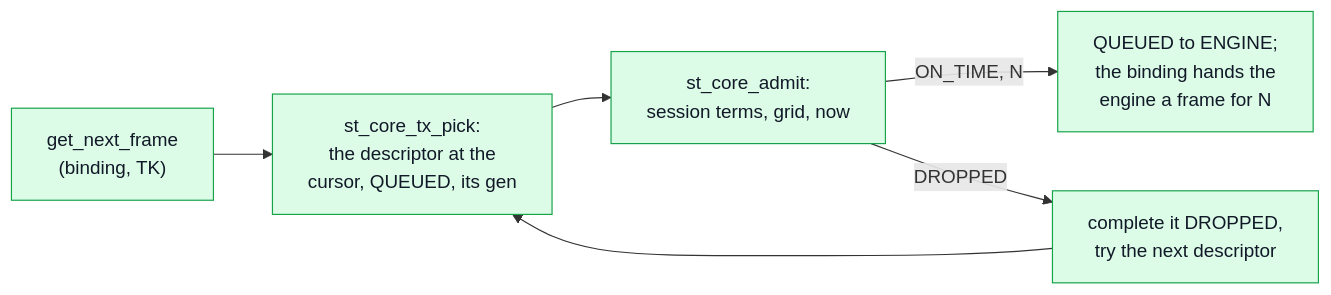
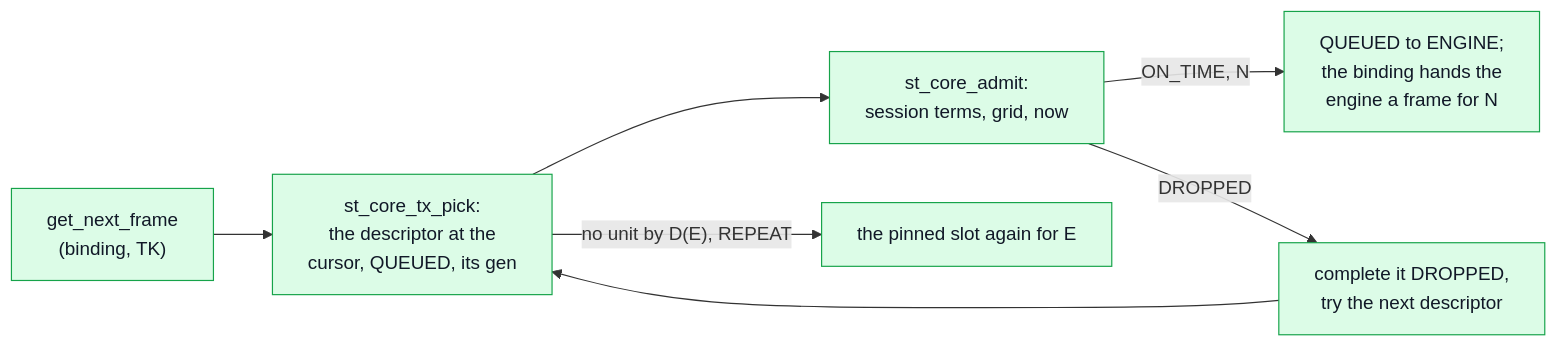
The seventh of 15 diagrams in doc/unified-api/core.md (OpenVisualCloud/Media-Transport-Library), drawn with Mermaid before and after one commit. The commit also changed other lines of this file and 58 other files, not shown here.

````diff
--- a/doc/unified-api/core.md
+++ b/doc/unified-api/core.md
@@ -619,10 +649,11 @@
 ```mermaid
 flowchart LR
     GNF["get_next_frame<br/>(binding, TK)"] --> PICK["st_core_tx_pick:<br/>the descriptor at the<br/>cursor, QUEUED, its gen"]
     PICK --> ADM["st_core_admit:<br/>session terms, grid, now"]
     ADM -->|"ON_TIME, N"| ENG["QUEUED to ENGINE;<br/>the binding hands the<br/>engine a frame for N"]
     ADM -->|"DROPPED"| DROP["complete it DROPPED,<br/>try the next descriptor"]
     DROP --> PICK
+    PICK -->|"no unit by D(E), REPEAT"| REP["the pinned slot again for E"]
     classDef mtl fill:#dcfce7,stroke:#16a34a,color:#111827
-    class GNF,PICK,ADM,ENG,DROP mtl
+    class GNF,PICK,ADM,ENG,DROP,REP mtl
 ```
````
